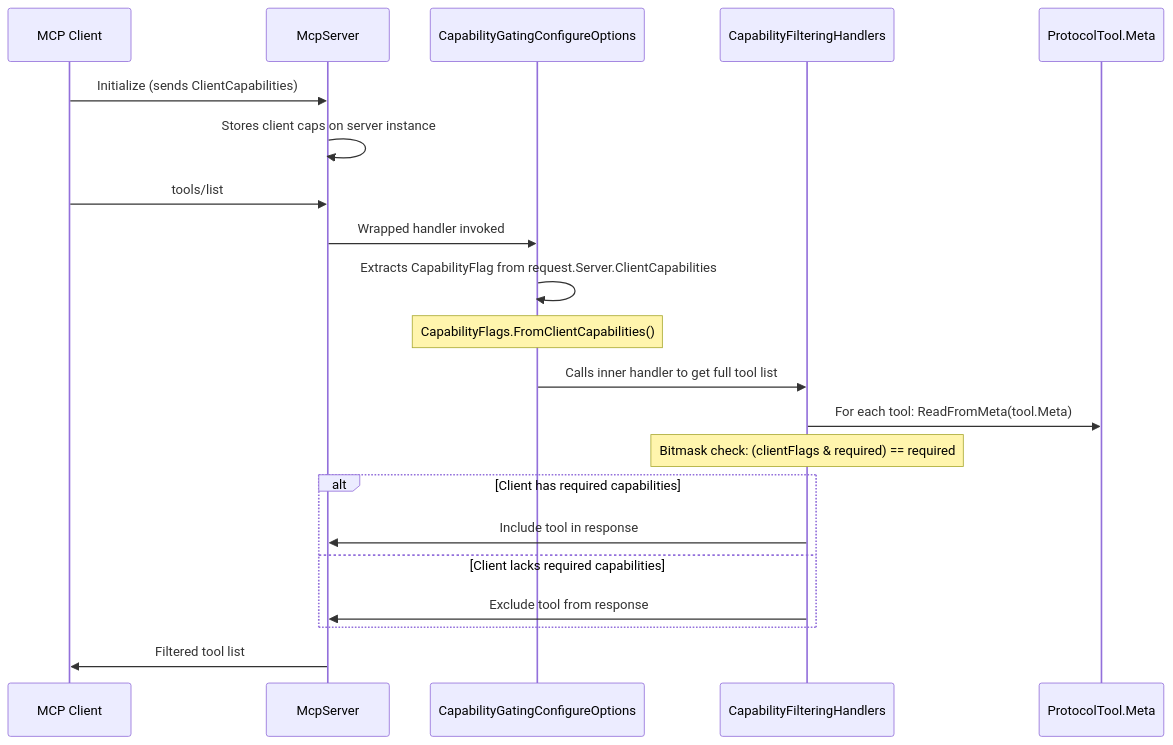
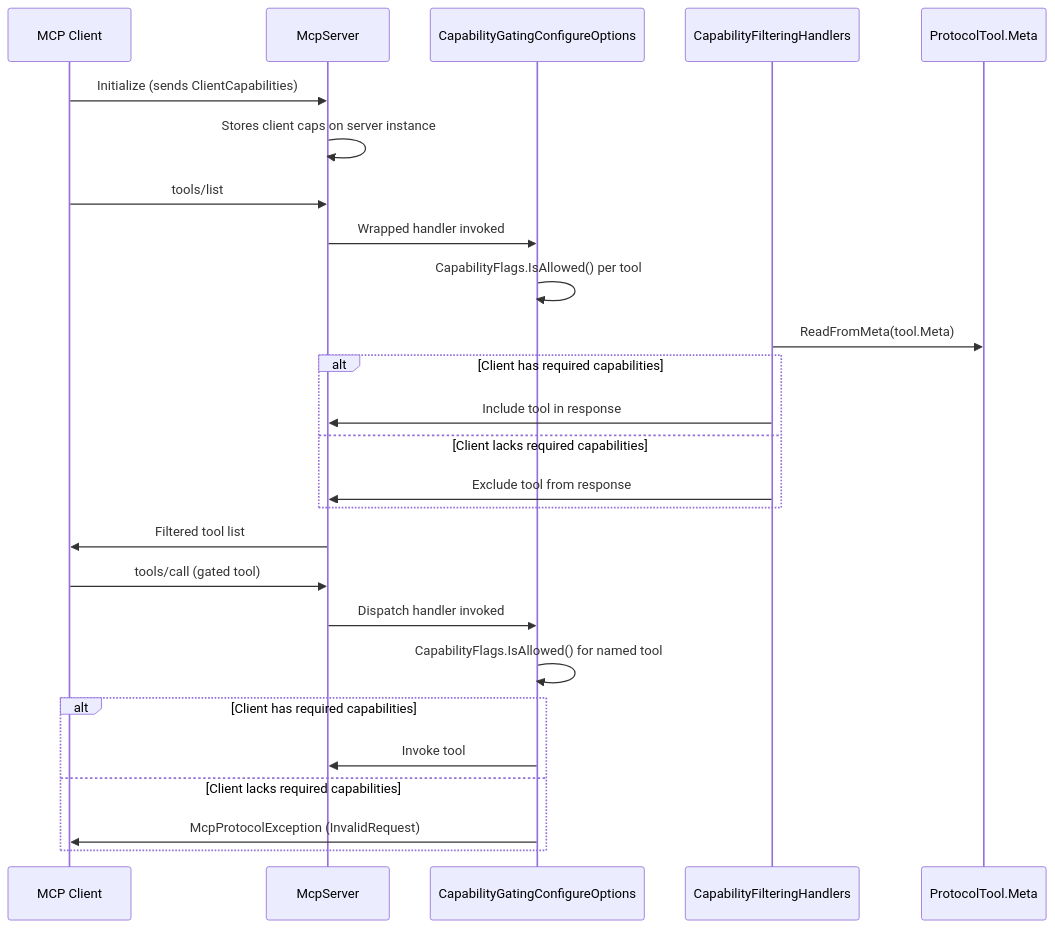
Before and after one commit to logichaos/McpCapabilities: the third of 5 diagrams in src/McpCapabilities.Server/README.md, drawn with Mermaid. The commit also changed other lines of this file and 16 other files, not shown here.

Commit message:
feat: add AllowWhenClientCapabilitiesNotProvided flag

````diff
--- a/src/McpCapabilities.Server/README.md
+++ b/src/McpCapabilities.Server/README.md
@@ -94,28 +95,31 @@
 ```mermaid
 sequenceDiagram
     participant Client as MCP Client
     participant Svr as McpServer
     participant Gating as CapabilityGatingConfigureOptions
     participant Wrap as CapabilityFilteringHandlers
     participant Meta as ProtocolTool.Meta
 
     Client->>Svr: Initialize (sends ClientCapabilities)
     Svr->>Svr: Stores client caps on server instance
 
     Client->>Svr: tools/list
     Svr->>Gating: Wrapped handler invoked
-    Gating->>Gating: Extracts CapabilityFlag from request.Server.ClientCapabilities
-    Note over Gating: CapabilityFlags.FromClientCapabilities()
-
-    Gating->>Wrap: Calls inner handler to get full tool list
-    Wrap->>Meta: For each tool: ReadFromMeta(tool.Meta)
-    Note over Wrap: Bitmask check: (clientFlags & required) == required
-
+    Gating->>Gating: CapabilityFlags.IsAllowed() per tool
+    Wrap->>Meta: ReadFromMeta(tool.Meta)
     alt Client has required capabilities
         Wrap->>Svr: Include tool in response
     else Client lacks required capabilities
         Wrap->>Svr: Exclude tool from response
     end
+    Svr->>Client: Filtered tool list
 
-    Svr->>Client: Filtered tool list
+    Client->>Svr: tools/call (gated tool)
+    Svr->>Gating: Dispatch handler invoked
+    Gating->>Gating: CapabilityFlags.IsAllowed() for named tool
+    alt Client has required capabilities
+        Gating->>Svr: Invoke tool
+    else Client lacks required capabilities
+        Gating->>Client: McpProtocolException (InvalidRequest)
+    end
 ```
````
